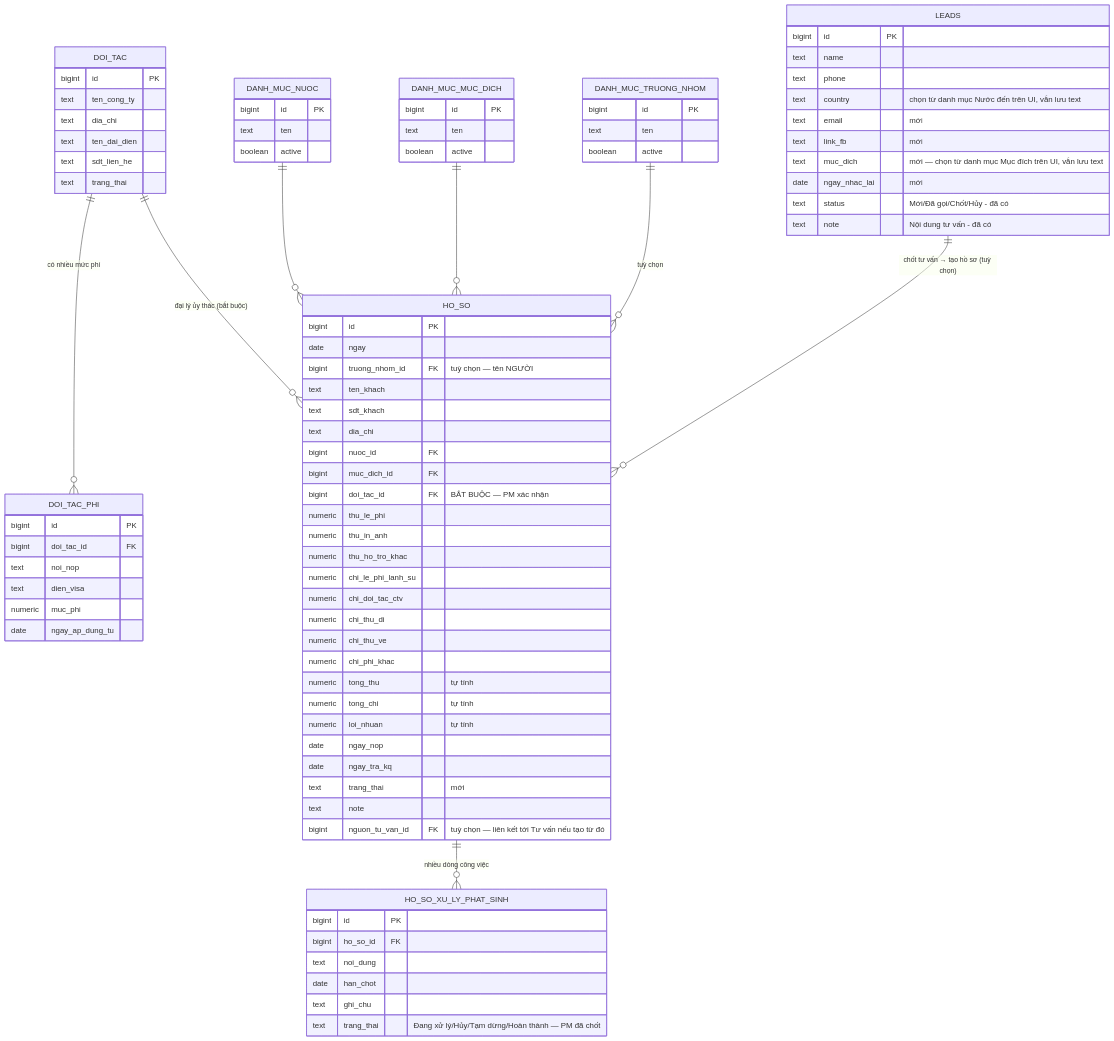
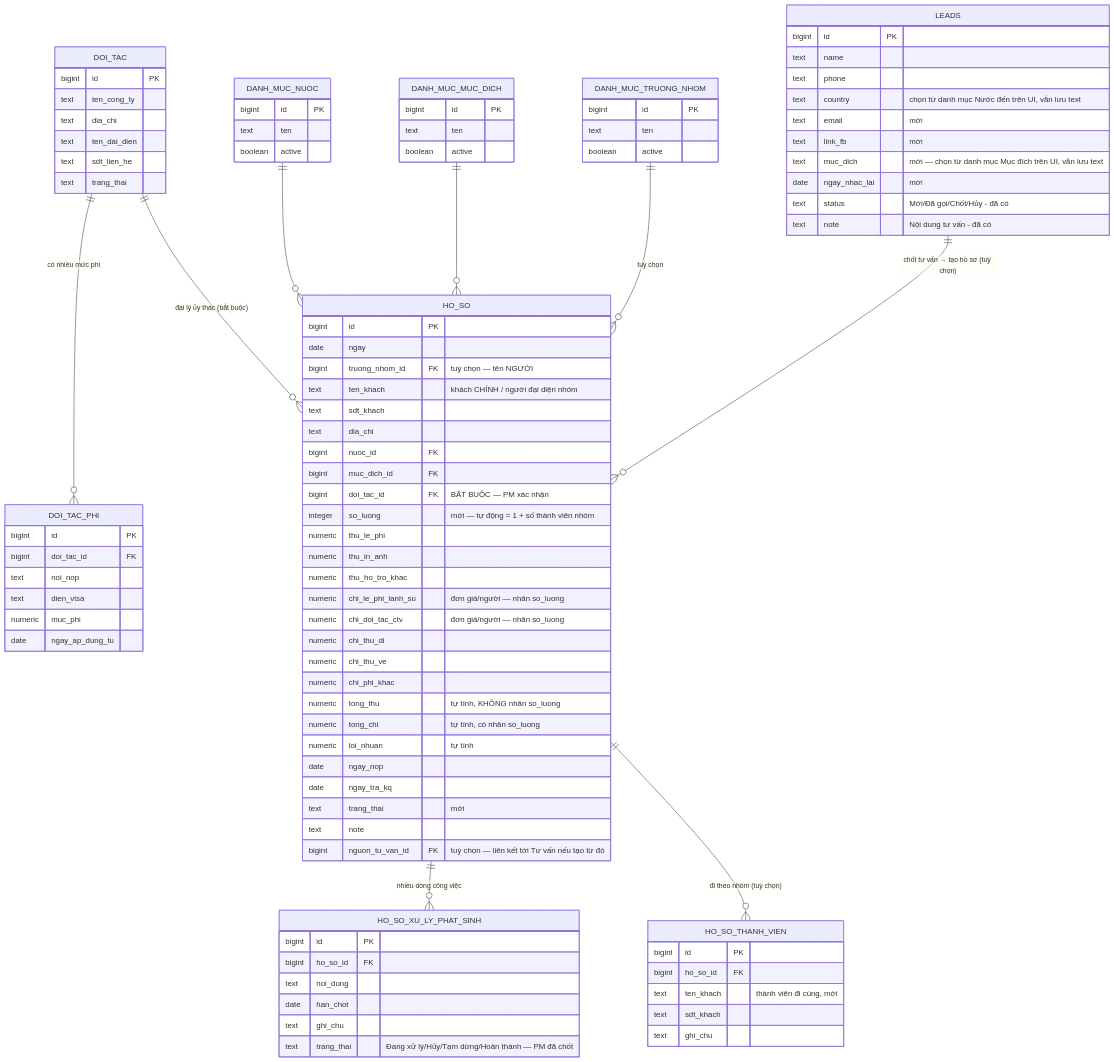
Before and after one commit to Nin-Min2231/Vs-Landing-Page: the diagram in 04_Phase 2/Phase2_Thiet_ke_DB_va_Man_hinh.md, drawn with Mermaid. The commit also changed other lines of this file and 3 other files, not shown here.

First line of the commit message:
Them tinh nang Ho so nhom nhieu khach + So luong nhan chi phi

````diff
--- a/04_Phase 2/Phase2_Thiet_ke_DB_va_Man_hinh.md
+++ b/04_Phase 2/Phase2_Thiet_ke_DB_va_Man_hinh.md
@@ -59,28 +59,37 @@
         bigint id PK
         date ngay
         bigint truong_nhom_id FK "tuỳ chọn — tên NGƯỜI"
-        text ten_khach
+        text ten_khach "khách CHÍNH / người đại diện nhóm"
         text sdt_khach
         text dia_chi
         bigint nuoc_id FK
         bigint muc_dich_id FK
         bigint doi_tac_id FK "BẮT BUỘC — PM xác nhận"
+        integer so_luong "mới — tự động = 1 + số thành viên nhóm"
         numeric thu_le_phi
         numeric thu_in_anh
         numeric thu_ho_tro_khac
-        numeric chi_le_phi_lanh_su
-        numeric chi_doi_tac_ctv
+        numeric chi_le_phi_lanh_su "đơn giá/người — nhân so_luong"
+        numeric chi_doi_tac_ctv "đơn giá/người — nhân so_luong"
         numeric chi_thu_di
         numeric chi_thu_ve
         numeric chi_phi_khac
-        numeric tong_thu "tự tính"
-        numeric tong_chi "tự tính"
+        numeric tong_thu "tự tính, KHÔNG nhân so_luong"
+        numeric tong_chi "tự tính, có nhân so_luong"
         numeric loi_nhuan "tự tính"
         date ngay_nop
         date ngay_tra_kq
         text trang_thai "mới"
         text note
         bigint nguon_tu_van_id FK "tuỳ chọn — liên kết tới Tư vấn nếu tạo từ đó"
+    }
+
+    HO_SO_THANH_VIEN {
+        bigint id PK
+        bigint ho_so_id FK
+        text ten_khach "thành viên đi cùng, mới"
+        text sdt_khach
+        text ghi_chu
     }
 
     HO_SO_XU_LY_PHAT_SINH {
@@ -98,5 +107,6 @@
     DANH_MUC_MUC_DICH ||--o{ HO_SO : ""
     DANH_MUC_TRUONG_NHOM ||--o{ HO_SO : "tuỳ chọn"
     HO_SO ||--o{ HO_SO_XU_LY_PHAT_SINH : "nhiều dòng công việc"
+    HO_SO ||--o{ HO_SO_THANH_VIEN : "đi theo nhóm (tuỳ chọn)"
     LEADS ||--o{ HO_SO : "chốt tư vấn → tạo hồ sơ (tuỳ chọn)"
 ```
````
